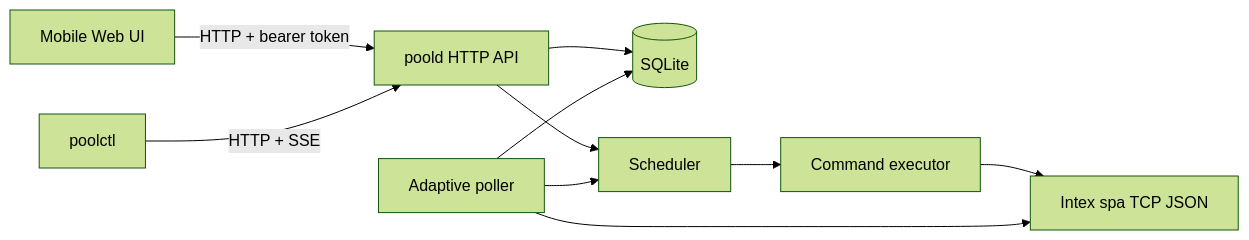
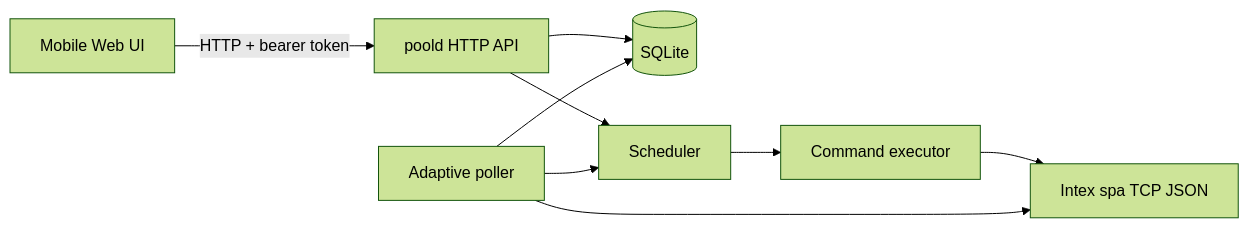
Before and after one commit to thieso2/poold: the first of 3 diagrams in README.md, drawn with Mermaid (forest theme). The commit also changed other lines of this file and 20 other files, not shown here.

````diff
--- a/README.md
+++ b/README.md
@@ -12,12 +9,11 @@
 ```mermaid
 flowchart LR
   Browser[Mobile Web UI] -->|HTTP + bearer token| API[poold HTTP API]
-  CLI[poolctl] -->|HTTP + SSE| API
   API --> Store[(SQLite)]
   API --> Scheduler[Scheduler]
   Scheduler --> Commands[Command executor]
   Commands --> Spa[Intex spa TCP JSON]
   Poller[Adaptive poller] --> Spa
   Poller --> Store
   Poller --> Scheduler
 ```
````
